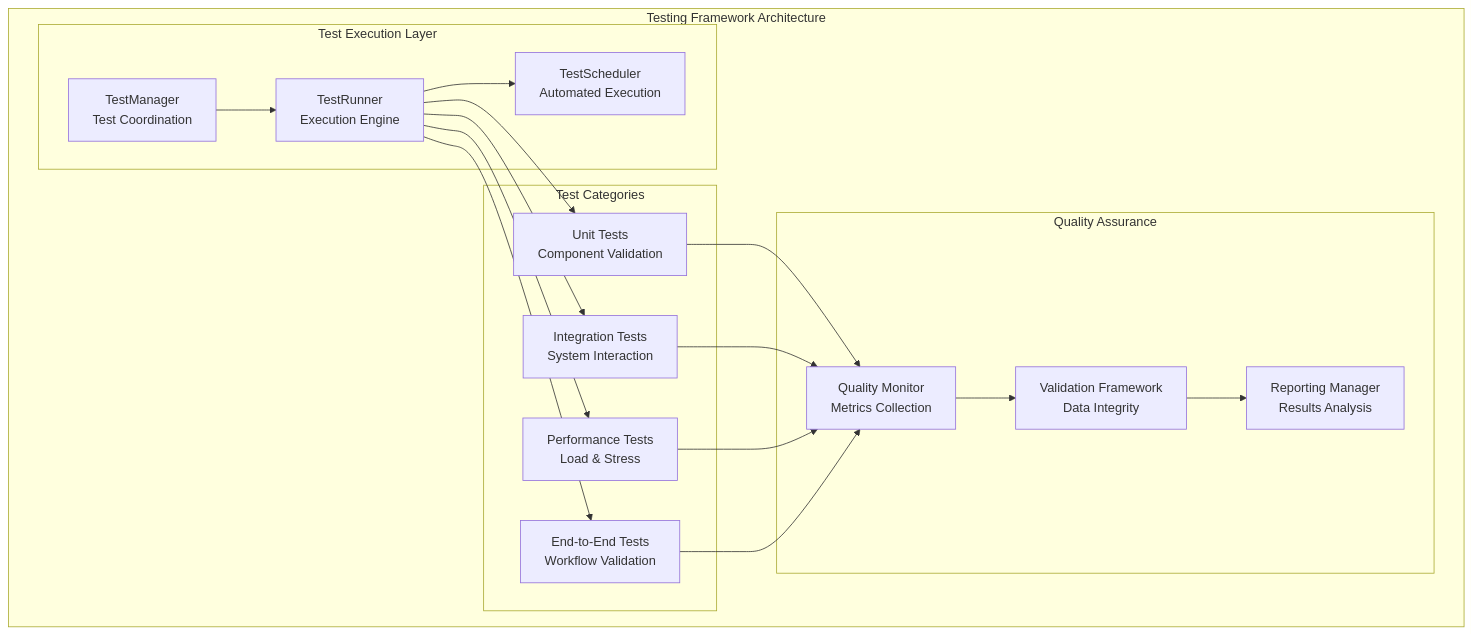
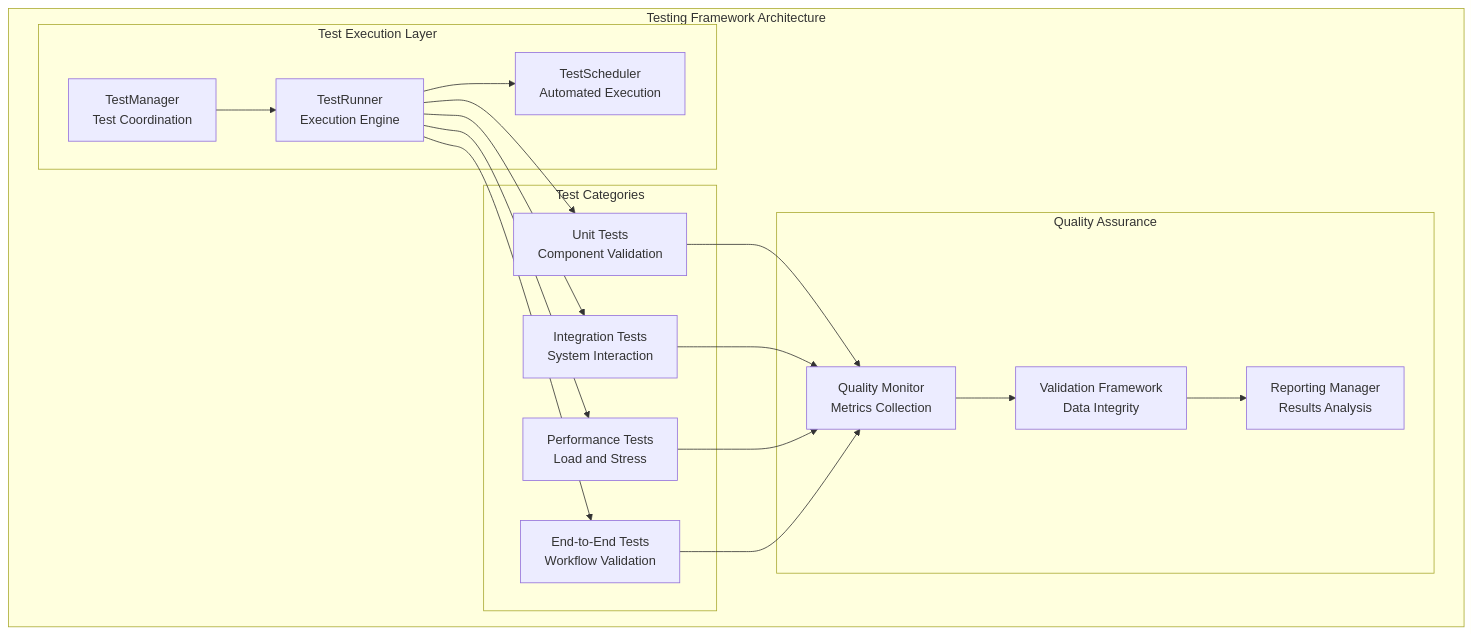
Before and after one commit to buccancs/fyp-multi-sensor-recording-system: the first of 2 diagrams in docs/testing_framework_readme.md, drawn with Mermaid. The commit also changed other lines of this file and 9 other files, not shown here.

````diff
--- a/docs/testing_framework_readme.md
+++ b/docs/testing_framework_readme.md
@@ -31,38 +31,38 @@
 ```mermaid
 graph TB
     subgraph "Testing Framework Architecture"
         subgraph "Test Execution Layer"
             TM[TestManager<br/>Test Coordination]
             TR[TestRunner<br/>Execution Engine]
             TS[TestScheduler<br/>Automated Execution]
         end
         
         subgraph "Test Categories"
             UT[Unit Tests<br/>Component Validation]
             IT[Integration Tests<br/>System Interaction]
-            PT[Performance Tests<br/>Load & Stress]
+            PT[Performance Tests<br/>Load and Stress]
             E2E[End-to-End Tests<br/>Workflow Validation]
         end
         
         subgraph "Quality Assurance"
             QM[Quality Monitor<br/>Metrics Collection]
             VF[Validation Framework<br/>Data Integrity]
             RM[Reporting Manager<br/>Results Analysis]
         end
     end
     
     TM --> TR
     TR --> TS
     TR --> UT
     TR --> IT
     TR --> PT
     TR --> E2E
     
     UT --> QM
     IT --> QM
     PT --> QM
     E2E --> QM
     
     QM --> VF
     VF --> RM
 ```
````
